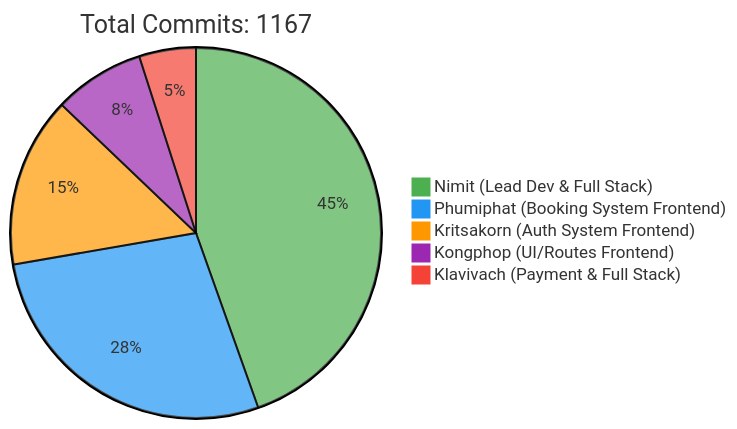
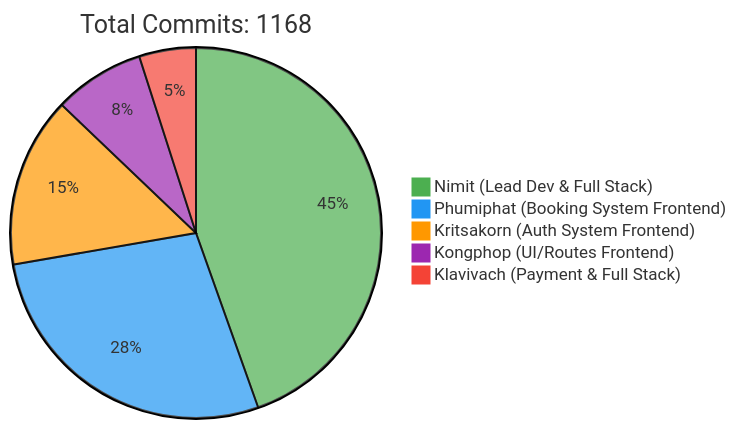
One commit to 6531503042/Sport-Complex changed the first of 2 diagrams in README.md. Above: the diagram before and after it, drawn with Mermaid. The commit also changed other lines of this file, not shown here.

Commit message:
docs: Update contributor statistics [skip ci]

````diff
--- a/README.md
+++ b/README.md
@@ -257,10 +257,10 @@
 ```mermaid
 %%{init: {'theme': 'base', 'themeVariables': { 'pie1': '#4CAF50', 'pie2': '#2196F3', 'pie3': '#FF9800', 'pie4': '#9C27B0', 'pie5': '#F44336'}}}%%
 pie
-    title Total Commits: 1167
+    title Total Commits: 1168
     "Nimit (Lead Dev & Full Stack)" : 450
     "Phumiphat (Booking System Frontend)" : 280
     "Kritsakorn (Auth System Frontend)" : 150
     "Kongphop (UI/Routes Frontend)" : 80
     "Klavivach (Payment & Full Stack)" : 50
 ```
````
